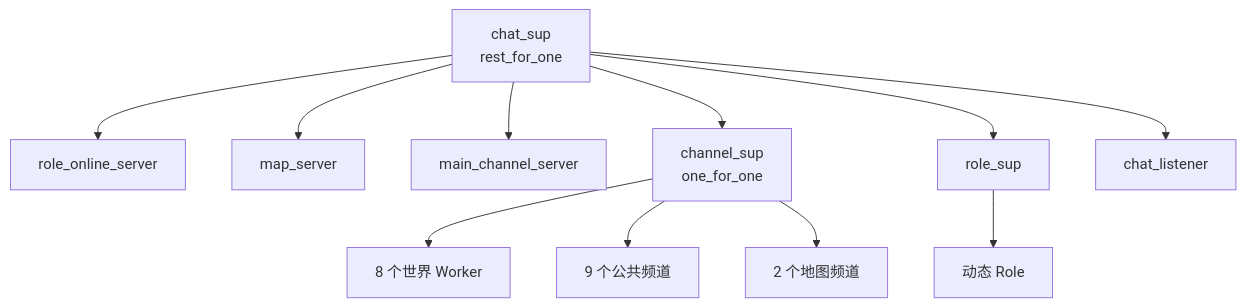
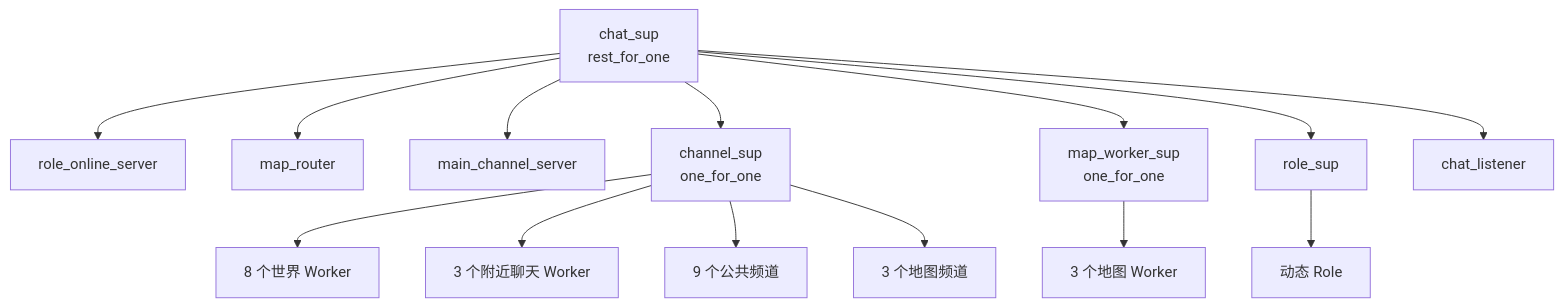
One commit to chrison18/erlang-game-chat-server changed the second of 6 diagrams in docs/Chat V1.3 设计文档.md. Above: the diagram before and after it, drawn with Mermaid. The commit also changed other lines of this file and 19 other files, not shown here.

````diff
--- a/docs/Chat V1.3 设计文档.md
+++ b/docs/Chat V1.3 设计文档.md
@@ -63,15 +70,18 @@
 ```mermaid
 flowchart TD
     ChatSup[chat_sup<br/>rest_for_one]
     ChatSup --> Online[role_online_server]
-    ChatSup --> Map[map_server]
+    ChatSup --> Router[map_router]
     ChatSup --> Main[main_channel_server]
     ChatSup --> ChannelSup[channel_sup<br/>one_for_one]
+    ChatSup --> MapWorkerSup[map_worker_sup<br/>one_for_one]
     ChatSup --> RoleSup[role_sup]
     ChatSup --> Listener[chat_listener]
 
     ChannelSup --> Workers[8 个世界 Worker]
+    ChannelSup --> NearbyWorkers[3 个附近聊天 Worker]
     ChannelSup --> Public[9 个公共频道]
-    ChannelSup --> MapChannels[2 个地图频道]
+    ChannelSup --> MapChannels[3 个地图频道]
+    MapWorkerSup --> MapWorkers[3 个地图 Worker]
     RoleSup --> Roles[动态 Role]
 ```
````
